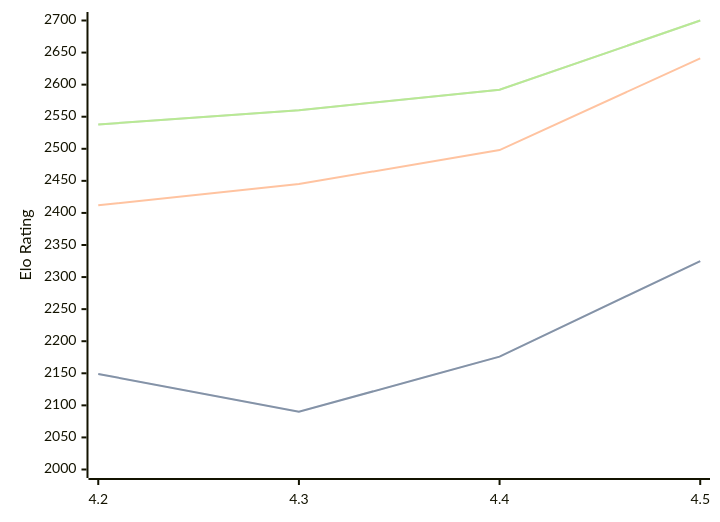
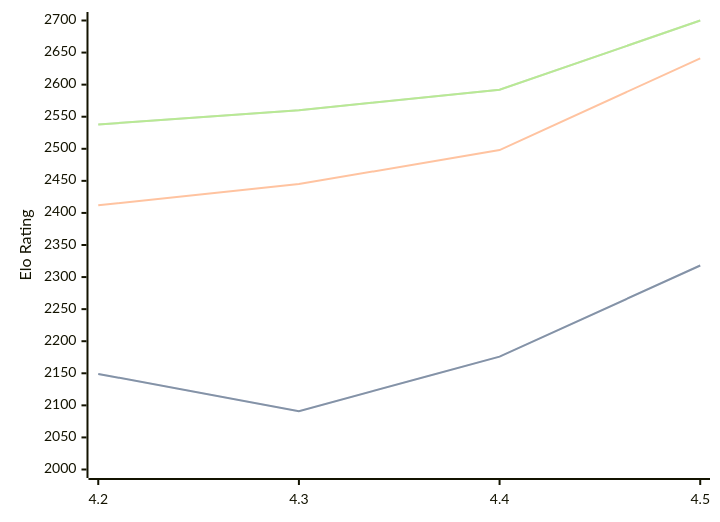
One commit to computer-chess-index/cci changed the third of 3 diagrams in engines/Eubos.md. Above: the diagram before and after it, drawn with Mermaid. The commit also changed other lines of this file, not shown here.

````diff
--- a/engines/Eubos.md
+++ b/engines/Eubos.md
@@ -123,11 +123,11 @@
 ```mermaid
 %%{init: {"theme":"base","themeVariables":{"seriesColors:['#a3a3a3','#222221','#faa371']}}}%%
 xychart-beta
   x-axis ["4.2", "4.3", "4.4", "4.5"]
   y-axis "Elo Rating" 2000 --> 2700
-  line "STC (8.0+0.08s)" [2149, 2090, 2176, 2325]
-  line "STC (8.0+0.08s)" [2149, 2090, 2176, 2325]
+  line "STC (8.0+0.08s)" [2149, 2091, 2176, 2318]
+  line "STC (8.0+0.08s)" [2149, 2091, 2176, 2318]
   line "LTC (60.0+0.60s)" [2412, 2445, 2498, 2641]
   line "VLTC (2m24s+1.12s)" [2538, 2560, 2592, 2700]
   line "VLTC (2m24s+1.12s)" [2538, 2560, 2592, 2700]
 ```
````
